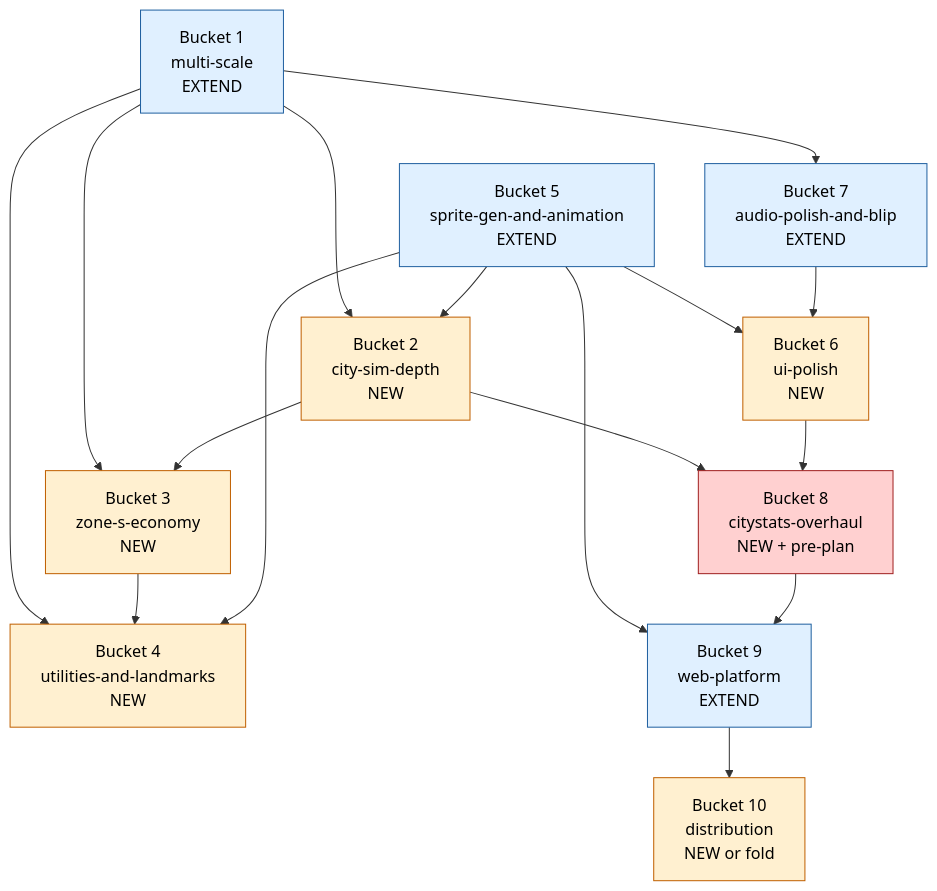
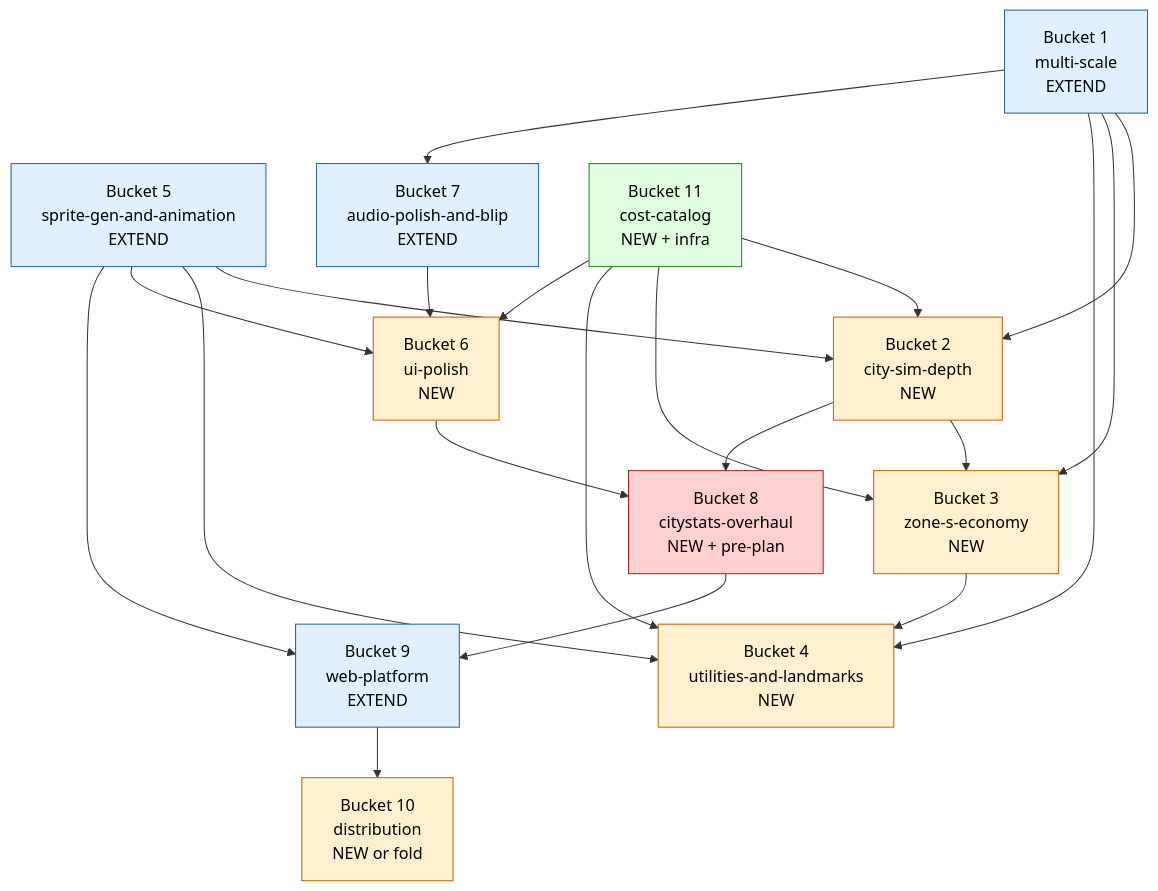
The first of 5 diagrams in docs/full-game-mvp-exploration.md (jiramos87/TerritoryDeveloper), drawn with Mermaid before and after one commit. The commit also changed other lines of this file and 25 other files, not shown here.

````diff
--- a/docs/full-game-mvp-exploration.md
+++ b/docs/full-game-mvp-exploration.md
@@ -421,37 +441,44 @@
 ```mermaid
 graph TD
     MS[Bucket 1<br/>multi-scale<br/>EXTEND]
     CSD[Bucket 2<br/>city-sim-depth<br/>NEW]
     ZSE[Bucket 3<br/>zone-s-economy<br/>NEW]
     UL[Bucket 4<br/>utilities-and-landmarks<br/>NEW]
     SGA[Bucket 5<br/>sprite-gen-and-animation<br/>EXTEND]
     UIP[Bucket 6<br/>ui-polish<br/>NEW]
     APB[Bucket 7<br/>audio-polish-and-blip<br/>EXTEND]
     CSO[Bucket 8<br/>citystats-overhaul<br/>NEW + pre-plan]
     WP[Bucket 9<br/>web-platform<br/>EXTEND]
     DIST[Bucket 10<br/>distribution<br/>NEW or fold]
+    CC[Bucket 11<br/>cost-catalog<br/>NEW + infra]
 
     MS --> CSD
     MS --> ZSE
     MS --> UL
     MS --> APB
     CSD --> ZSE
     CSD --> CSO
     ZSE --> UL
     SGA --> CSD
     SGA --> UL
     SGA --> UIP
     SGA --> WP
     UIP --> CSO
     APB --> UIP
     CSO --> WP
     WP --> DIST
+    CC --> CSD
+    CC --> ZSE
+    CC --> UL
+    CC --> UIP
 
     classDef extend fill:#e0f0ff,stroke:#2060a0,color:#000
     classDef new fill:#fff0d0,stroke:#c06000,color:#000
     classDef preplan fill:#ffd0d0,stroke:#a02020,color:#000
+    classDef infra fill:#e0ffe0,stroke:#208020,color:#000
 
     class MS,SGA,APB,WP extend
     class CSD,ZSE,UL,UIP,DIST new
     class CSO preplan
+    class CC infra
 ```
````
